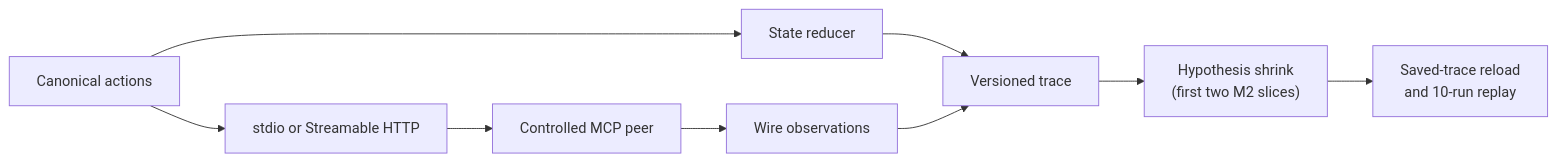
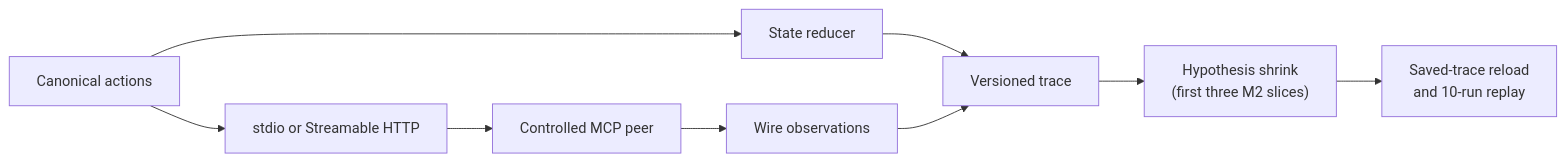
Before and after one commit to lxingy3/mcp-statecheck: the diagram in README.md, drawn with Mermaid. The commit also changed other lines of this file and 1 other file, not shown here.

````diff
--- a/README.md
+++ b/README.md
@@ -31,11 +31,11 @@
 ```mermaid
 flowchart LR
     A["Canonical actions"] --> B["State reducer"]
     A --> C["stdio or Streamable HTTP"]
     C --> D["Controlled MCP peer"]
     D --> E["Wire observations"]
     B --> F["Versioned trace"]
     E --> F
-    F --> G["Hypothesis shrink<br/>(first two M2 slices)"]
+    F --> G["Hypothesis shrink<br/>(first three M2 slices)"]
     G --> H["Saved-trace reload<br/>and 10-run replay"]
 ```
````
